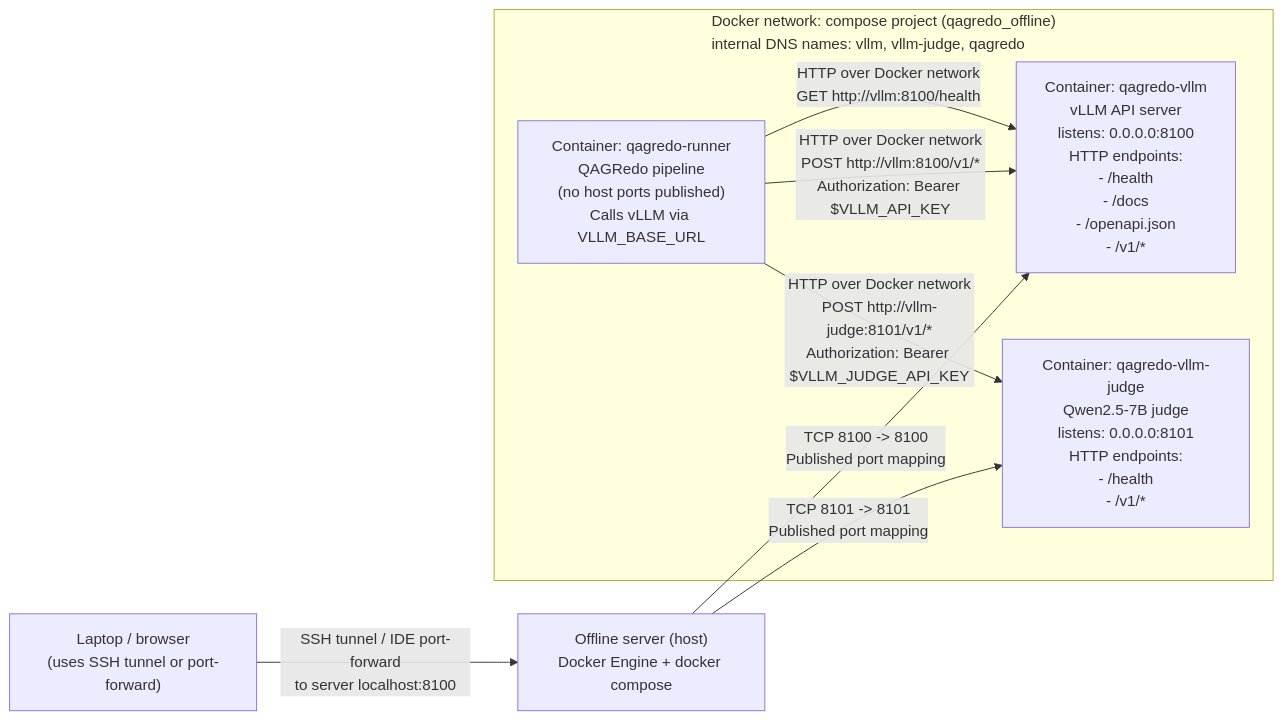
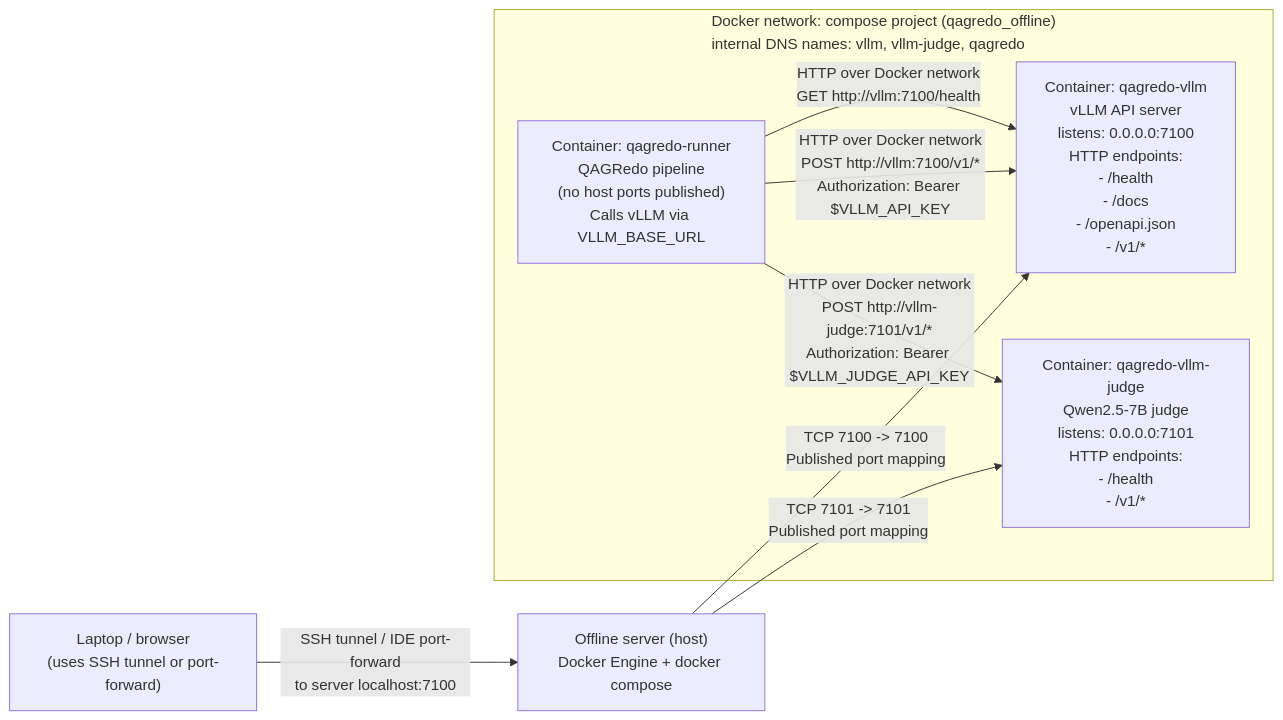
The first of 2 diagrams in docs/architecture/NETWORK_DIAGRAM.md (tohyewhong/qagredo-local), drawn with Mermaid before and after one commit. The commit also changed other lines of this file and 52 other files, not shown here.

First line of the commit message:
Add PlantUML and image flowchart export tooling.

````diff
--- a/docs/architecture/NETWORK_DIAGRAM.md
+++ b/docs/architecture/NETWORK_DIAGRAM.md
@@ -15,23 +15,23 @@
 ```mermaid
 flowchart LR
   Laptop["Laptop / browser\n(uses SSH tunnel or port-forward)"]
   Host["Offline server (host)\nDocker Engine + docker compose"]
 
   subgraph Net["Docker network: compose project (qagredo_offline)\ninternal DNS names: vllm, vllm-judge, qagredo"]
-    vLLM["Container: qagredo-vllm\nvLLM API server\nlistens: 0.0.0.0:8100\nHTTP endpoints:\n- /health\n- /docs\n- /openapi.json\n- /v1/*"]
-    vLLMJudge["Container: qagredo-vllm-judge\nQwen2.5-7B judge\nlistens: 0.0.0.0:8101\nHTTP endpoints:\n- /health\n- /v1/*"]
+    vLLM["Container: qagredo-vllm\nvLLM API server\nlistens: 0.0.0.0:7100\nHTTP endpoints:\n- /health\n- /docs\n- /openapi.json\n- /v1/*"]
+    vLLMJudge["Container: qagredo-vllm-judge\nQwen2.5-7B judge\nlistens: 0.0.0.0:7101\nHTTP endpoints:\n- /health\n- /v1/*"]
     Runner["Container: qagredo-runner\nQAGRedo pipeline\n(no host ports published)\nCalls vLLM via VLLM_BASE_URL"]
   end
 
   %% Host port publishing for vLLM
-  Host -- "TCP 8100 -> 8100\nPublished port mapping" --> vLLM
-  Host -- "TCP 8101 -> 8101\nPublished port mapping" --> vLLMJudge
+  Host -- "TCP 7100 -> 7100\nPublished port mapping" --> vLLM
+  Host -- "TCP 7101 -> 7101\nPublished port mapping" --> vLLMJudge
 
   %% Internal container-to-container comms
-  Runner -- "HTTP over Docker network\nGET http://vllm:8100/health" --> vLLM
-  Runner -- "HTTP over Docker network\nPOST http://vllm:8100/v1/*\nAuthorization: Bearer $VLLM_API_KEY" --> vLLM
-  Runner -- "HTTP over Docker network\nPOST http://vllm-judge:8101/v1/*\nAuthorization: Bearer $VLLM_JUDGE_API_KEY" --> vLLMJudge
+  Runner -- "HTTP over Docker network\nGET http://vllm:7100/health" --> vLLM
+  Runner -- "HTTP over Docker network\nPOST http://vllm:7100/v1/*\nAuthorization: Bearer $VLLM_API_KEY" --> vLLM
+  Runner -- "HTTP over Docker network\nPOST http://vllm-judge:7101/v1/*\nAuthorization: Bearer $VLLM_JUDGE_API_KEY" --> vLLMJudge
 
   %% Laptop access (not directly inside docker network)
-  Laptop -- "SSH tunnel / IDE port-forward\nto server localhost:8100" --> Host
+  Laptop -- "SSH tunnel / IDE port-forward\nto server localhost:7100" --> Host
 ```
````
